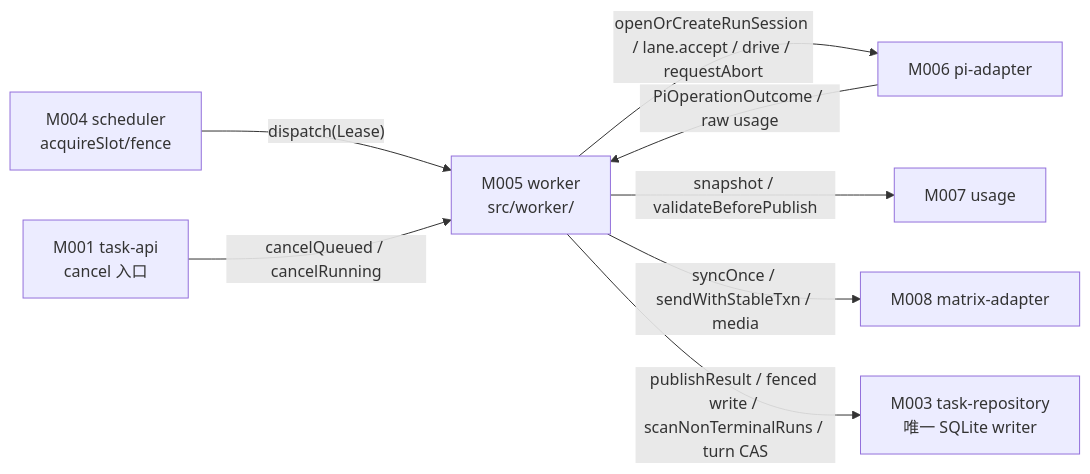
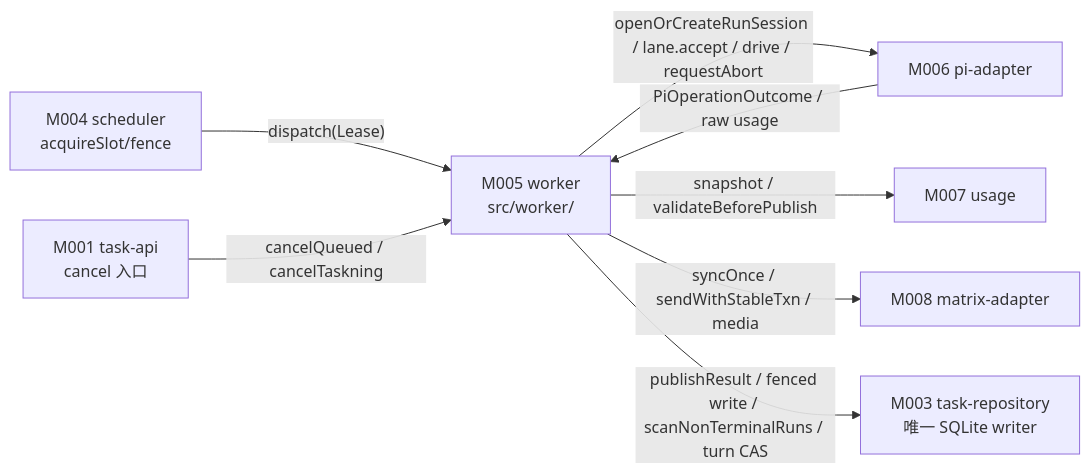
The first of 8 diagrams in docs/40_module_design/piko-worker-design.md (corezilla/piko), drawn with Mermaid before and after one commit. The commit also changed other lines of this file and 86 other files, not shown here.

````diff
--- a/docs/40_module_design/piko-worker-design.md
+++ b/docs/40_module_design/piko-worker-design.md
@@ -298,10 +299,10 @@
 ```mermaid
 flowchart LR
     S["M004 scheduler<br/>acquireSlot/fence"] -->|"dispatch(Lease)"| W["M005 worker<br/>src/worker/"]
-    API["M001 task-api<br/>cancel 入口"] -->|"cancelQueued / cancelRunning"| W
+    API["M001 task-api<br/>cancel 入口"] -->|"cancelQueued / cancelTaskning"| W
     W -->|"openOrCreateRunSession / lane.accept / drive / requestAbort"| PI["M006 pi-adapter"]
     W -->|"snapshot / validateBeforePublish"| U["M007 usage"]
     W -->|"syncOnce / sendWithStableTxn / media"| MX["M008 matrix-adapter"]
     W -->|"publishResult / fenced write / scanNonTerminalRuns / turn CAS"| R["M003 task-repository<br/>唯一 SQLite writer"]
     PI -->|"PiOperationOutcome / raw usage"| W
 ```
````
